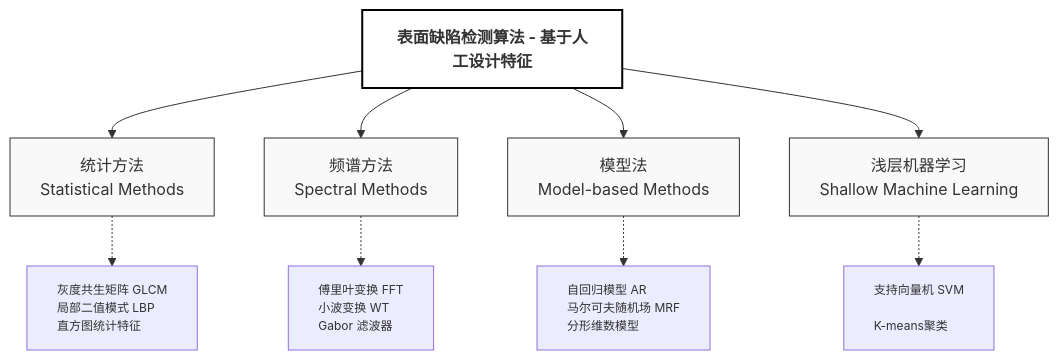
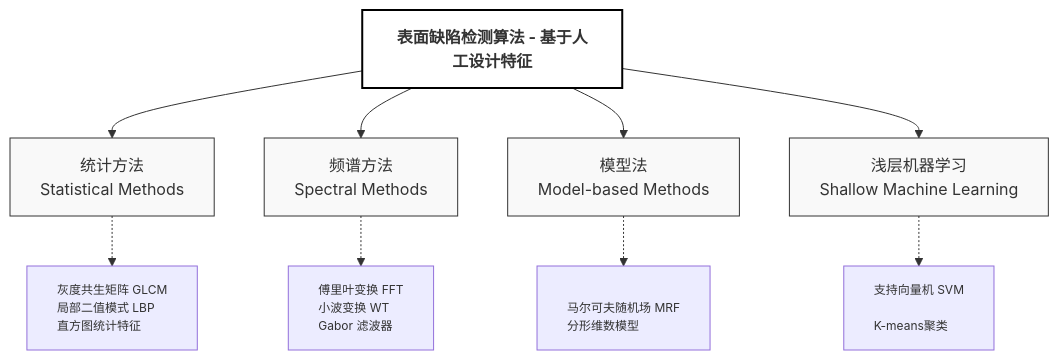
The diagram in all/未命名-1.md (MAOSHENGsong/iodraw-files), drawn with Mermaid before and after one commit.

Commit message:
2026-03-17 18:42:26 update

````diff
--- a/all/未命名-1.md
+++ b/all/未命名-1.md
@@ -1,41 +1,41 @@
 ```mermaid
 graph TB
     %% 核心标题
     Main[表面缺陷检测算法 - 基于人工设计特征] 
     
     %% 第一层级：四大分支
     Statistical[统计方法<br/>Statistical Methods]
     Spectral[频谱方法<br/>Spectral Methods]
     Model[模型法<br/>Model-based Methods]
     Machine[浅层机器学习<br/>Shallow Machine Learning]
 
     %% 第二层级：典型算法
     Sub_Stat[灰度共生矩阵 GLCM<br/>局部二值模式 LBP<br/>直方图统计特征]
     Sub_Spec[傅里叶变换 FFT<br/>小波变换 WT<br/>Gabor 滤波器]
-    Sub_Mod[自回归模型 AR<br/>马尔可夫随机场 MRF<br/>分形维数模型]
+    Sub_Mod[<br/>马尔可夫随机场 MRF<br/>分形维数模型]
     Sub_Mach[支持向量机 SVM<br/><br/>K-means聚类<br/>]
 
     %% 建立连接
     Main --> Statistical
     Main --> Spectral
     Main --> Model
     Main --> Machine
 
     Statistical -.-> Sub_Stat
     Spectral -.-> Sub_Spec
     Model -.-> Sub_Mod
     Machine -.-> Sub_Mach
 
     %% 样式美化：论文通常使用白底黑字或淡色调
     style Main fill:#ffffff,stroke:#000,stroke-width:2px,font-weight:bold
     style Statistical fill:#f9f9f9,stroke:#333,stroke-width:1px
     style Spectral fill:#f9f9f9,stroke:#333,stroke-width:1px
     style Model fill:#f9f9f9,stroke:#333,stroke-width:1px
     style Machine fill:#f9f9f9,stroke:#333,stroke-width:1px
     
     %% 细化子项样式
     style Sub_Stat font-size:12px,text-align:left
     style Sub_Spec font-size:12px,text-align:left
     style Sub_Mod font-size:12px,text-align:left
     style Sub_Mach font-size:12px,text-align:left
 ```
````
